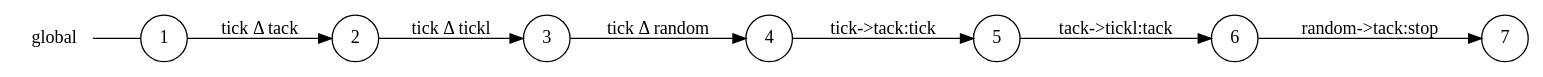
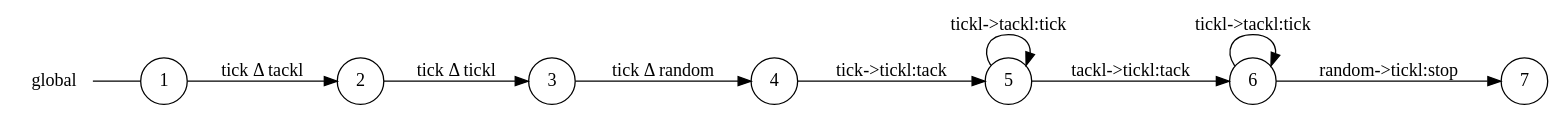
Before and after one commit to gabrielegenovese/chorer: the diagram in out/tick_global_view.dot, drawn with Graphviz. The commit also changed 11 other files, not shown here.

```diff
--- a/out/tick_global_view.dot
+++ b/out/tick_global_view.dot
@@ -1,19 +1,21 @@
 digraph global {
 	rankdir="LR";
 	n_0 [label="global", shape="plaintext"];
 	n_1 [id="5", shape=circle, label="5"];
 	n_2 [id="6", shape=circle, label="6"];
 	n_3 [id="1", shape=circle, label="1"];
 	n_0 -> n_3 [arrowhead=none];
 	n_4 [id="2", shape=circle, label="2"];
 	n_5 [id="4", shape=circle, label="4"];
 	n_6 [id="7", shape=circle, label="7"];
 	n_7 [id="3", shape=circle, label="3"];
 
-	n_1 -> n_2 [id="[$e|4]", label="tack->tickl:tack"];
-	n_2 -> n_6 [id="[$e|5]", label="random->tack:stop"];
+	n_1 -> n_1 [id="[$e|4]", label="tickl->tackl:tick"];
+	n_1 -> n_2 [id="[$e|5]", label="tackl->tickl:tack"];
 	n_7 -> n_5 [id="[$e|2]", label="tick Δ random"];
-	n_3 -> n_4 [id="[$e|0]", label="tick Δ tack"];
-	n_5 -> n_1 [id="[$e|3]", label="tick->tack:tick"];
+	n_3 -> n_4 [id="[$e|0]", label="tick Δ tackl"];
+	n_5 -> n_1 [id="[$e|3]", label="tick->tickl:tack"];
+	n_2 -> n_6 [id="[$e|7]", label="random->tickl:stop"];
+	n_2 -> n_2 [id="[$e|6]", label="tickl->tackl:tick"];
 	n_4 -> n_7 [id="[$e|1]", label="tick Δ tickl"];
 }
```
